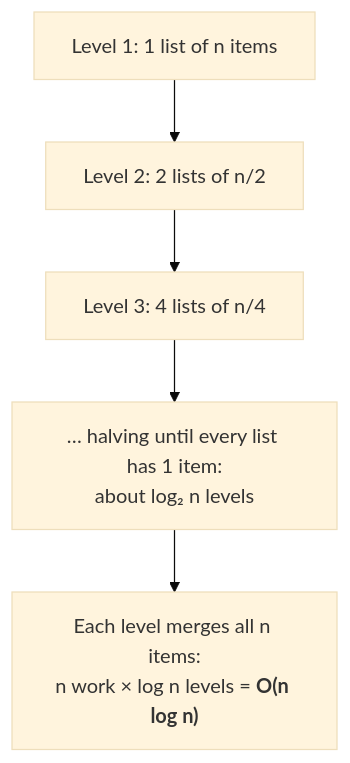
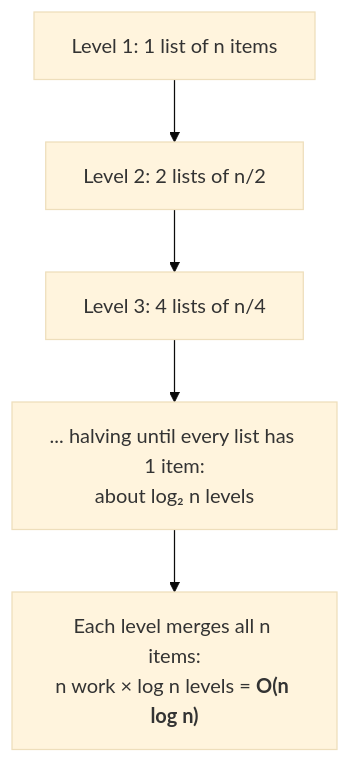
One commit to callasalvatore/csharp-algorithms changed the second of 6 diagrams in appendix/E-how-sorting-works.md. Above: the diagram before and after it, drawn with Mermaid (base theme). The commit also changed other lines of this file and 2 other files, not shown here.

````diff
--- a/appendix/E-how-sorting-works.md
+++ b/appendix/E-how-sorting-works.md
@@ -90,7 +75,7 @@
 ```mermaid
 flowchart TB
     L1["Level 1: 1 list of n items"] --> L2["Level 2: 2 lists of n/2"]
     L2 --> L3["Level 3: 4 lists of n/4"]
-    L3 --> L4["… halving until every list has 1 item:<br/>about log₂ n levels"]
+    L3 --> L4["... halving until every list has 1 item:<br/>about log₂ n levels"]
     L4 --> T["Each level merges all n items:<br/>n work × log n levels = <b>O(n log n)</b>"]
 ```
````
